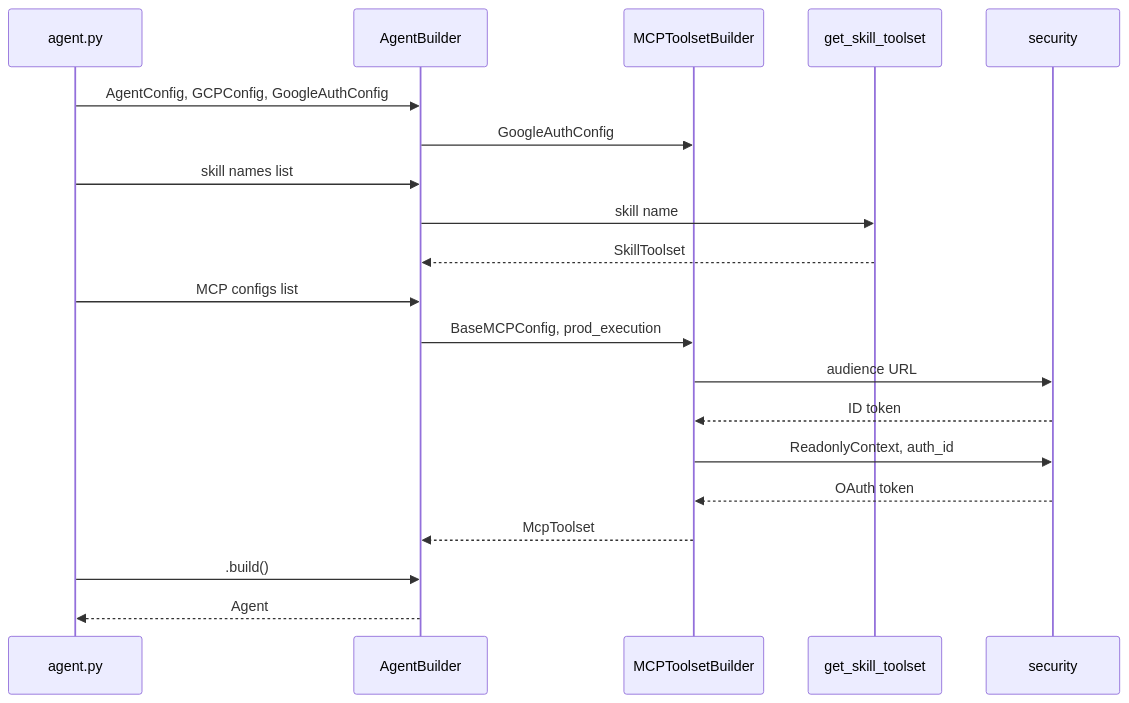
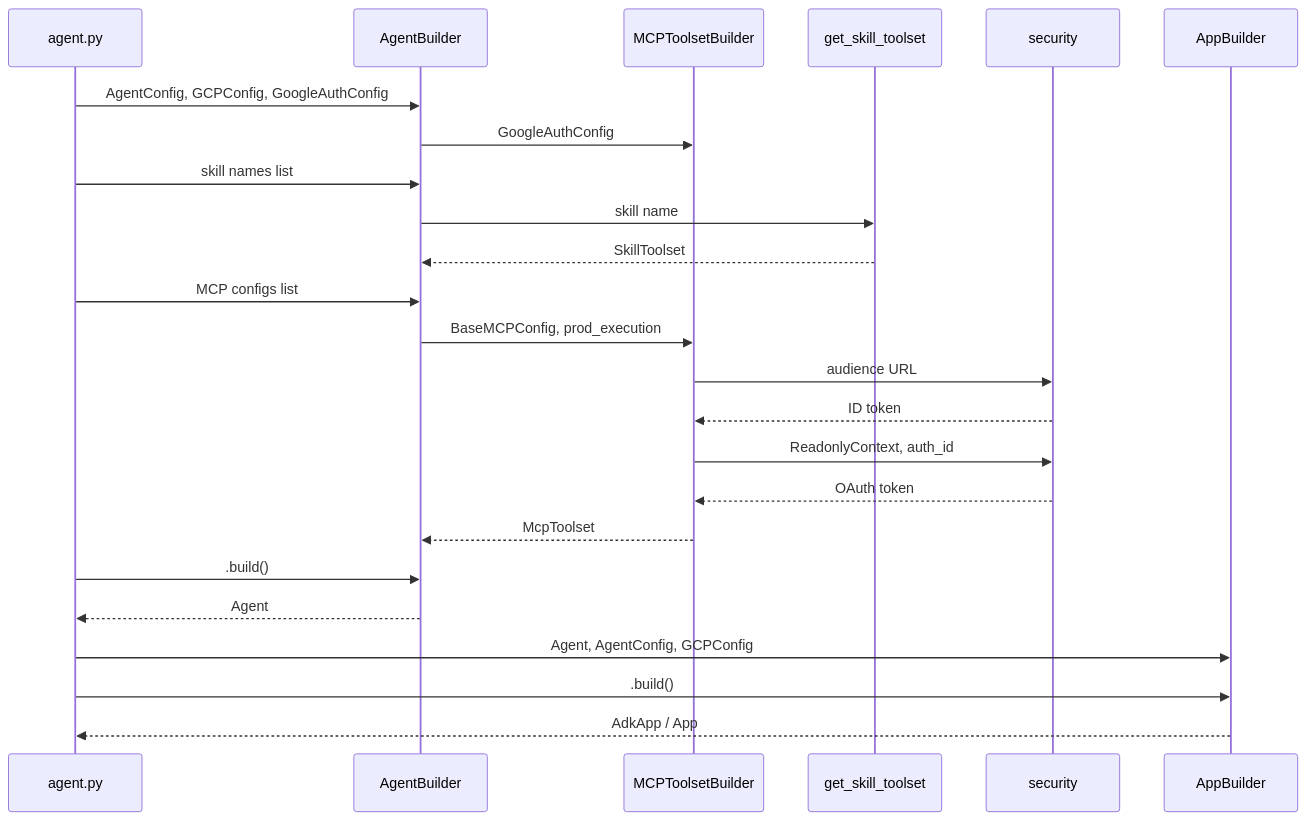
The first of 2 diagrams in agent/core_agent/README.md (eamadorm-endava/Research-Agent), drawn with Mermaid before and after one commit. The commit also changed other lines of this file and 31 other files, not shown here.

First line of the commit message:
Refactor: AI Agent Architecture, Deduplication, and GCS Artifact Parity (#142)

````diff
--- a/agent/core_agent/README.md
+++ b/agent/core_agent/README.md
@@ -47,17 +54,20 @@
 ```mermaid
 sequenceDiagram
     agent.py->>AgentBuilder: AgentConfig, GCPConfig, GoogleAuthConfig
     AgentBuilder->>MCPToolsetBuilder: GoogleAuthConfig
     agent.py->>AgentBuilder: skill names list
     AgentBuilder->>get_skill_toolset: skill name
     get_skill_toolset-->>AgentBuilder: SkillToolset
     agent.py->>AgentBuilder: MCP configs list
     AgentBuilder->>MCPToolsetBuilder: BaseMCPConfig, prod_execution
     MCPToolsetBuilder->>security: audience URL
     security-->>MCPToolsetBuilder: ID token
     MCPToolsetBuilder->>security: ReadonlyContext, auth_id
     security-->>MCPToolsetBuilder: OAuth token
     MCPToolsetBuilder-->>AgentBuilder: McpToolset
     agent.py->>AgentBuilder: .build()
     AgentBuilder-->>agent.py: Agent
+    agent.py->>AppBuilder: Agent, AgentConfig, GCPConfig
+    agent.py->>AppBuilder: .build()
+    AppBuilder-->>agent.py: AdkApp / App
 ```
````
